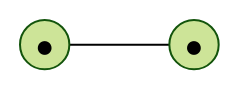
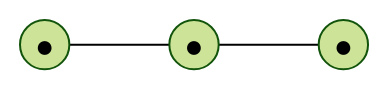
One commit to Bennnto/journey changed the diagram in README.md. Above: the diagram before and after it, drawn with Mermaid (forest theme).

Commit message:
chore(life-map): auto-update graph

````diff
--- a/README.md
+++ b/README.md
@@ -8,8 +8,11 @@
 ```mermaid
 graph LR
   D20250823(("●"))
   D20250824(("●"))
+  D20250827(("●"))
   D20250823 --- D20250824
+  D20250824 --- D20250827
   click D20250823 "https://github.com/you/yourrepo/blob/main/logs/2025-08-23.md" "2025-08-23"
   click D20250824 "https://github.com/you/yourrepo/blob/main/logs/2025-08-24.md" "2025-08-24"
+  click D20250827 "https://github.com/you/yourrepo/blob/main/logs/2025-08-27.md" "2025-08-27"
 ```
````
